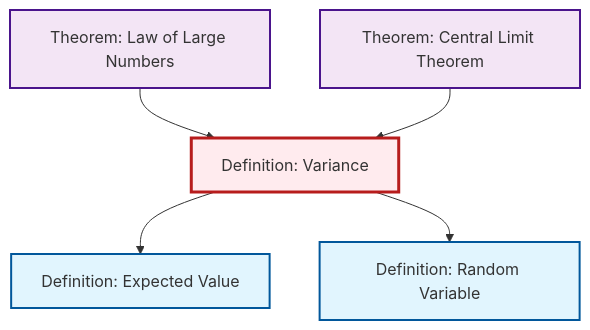
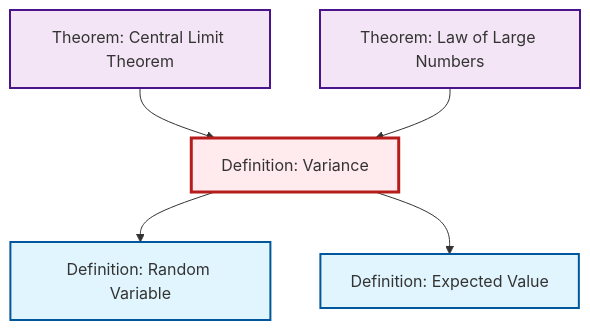
One commit to RK0429/ModernMath changed the diagram in output/mermaid/def-variance.mermaid. Above: the diagram before and after it, drawn with Mermaid. The commit also changed other lines of this file and 619 other files, not shown here.

```diff
--- a/output/mermaid/def-variance.mermaid
+++ b/output/mermaid/def-variance.mermaid
@@ -1,17 +1,17 @@
 %%| fig-cap: "Local dependency graph"
 graph TD
     classDef definition fill:#e1f5fe,stroke:#01579b,stroke-width:2px
     classDef theorem fill:#f3e5f5,stroke:#4a148c,stroke-width:2px
     classDef axiom fill:#fff3e0,stroke:#e65100,stroke-width:2px
     classDef example fill:#e8f5e9,stroke:#1b5e20,stroke-width:2px
     classDef current fill:#ffebee,stroke:#b71c1c,stroke-width:3px
+    thm-central-limit["Theorem: Central Limit Theorem"]:::theorem
     thm-law-of-large-numbers["Theorem: Law of Large Numbers"]:::theorem
-    def-variance["Definition: Variance"]:::definition
     def-expectation["Definition: Expected Value"]:::definition
     def-random-variable["Definition: Random Variable"]:::definition
-    thm-central-limit["Theorem: Central Limit Theorem"]:::theorem
-    def-variance --> def-expectation
+    def-variance["Definition: Variance"]:::definition
+    thm-central-limit --> def-variance
     thm-law-of-large-numbers --> def-variance
     def-variance --> def-random-variable
-    thm-central-limit --> def-variance
+    def-variance --> def-expectation
     class def-variance current
```
